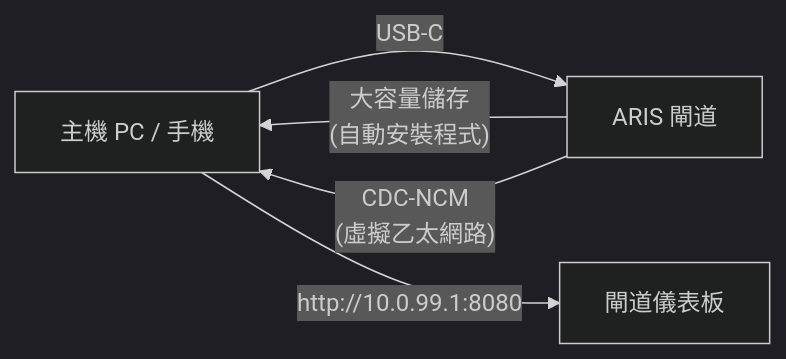
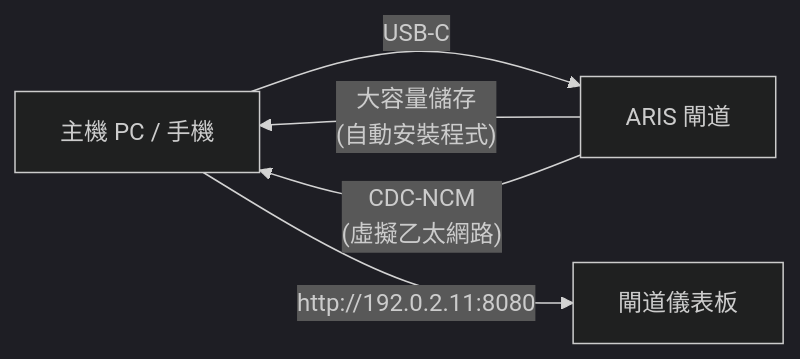
The diagram in docs/zh-Hant/guides/usb-c-provisioning.md (celestia-island/aris), drawn with Mermaid (dark theme) before and after one commit. The commit also changed other lines of this file and 18 other files, not shown here.

````diff
--- a/docs/zh-Hant/guides/usb-c-provisioning.md
+++ b/docs/zh-Hant/guides/usb-c-provisioning.md
@@ -26,7 +26,7 @@
 ```mermaid
 flowchart LR
     HOST["主機 PC / 手機"] -->|"USB-C"| ARIS["ARIS 閘道"]
     ARIS -->|"大容量儲存\n(自動安裝程式)"| HOST
     ARIS -->|"CDC-NCM\n(虛擬乙太網路)"| HOST
-    HOST -->|"http://10.0.99.1:8080"| DASH["閘道儀表板"]
+    HOST -->|"http://192.0.2.11:8080"| DASH["閘道儀表板"]
 ```
````
